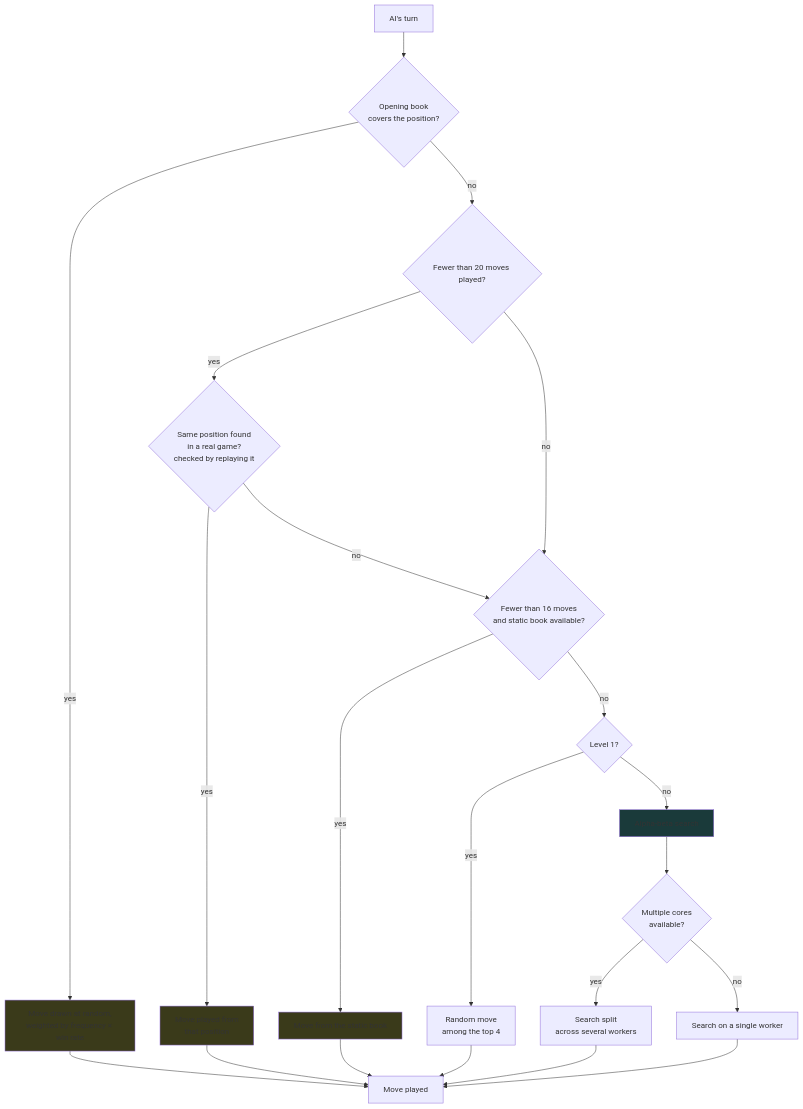
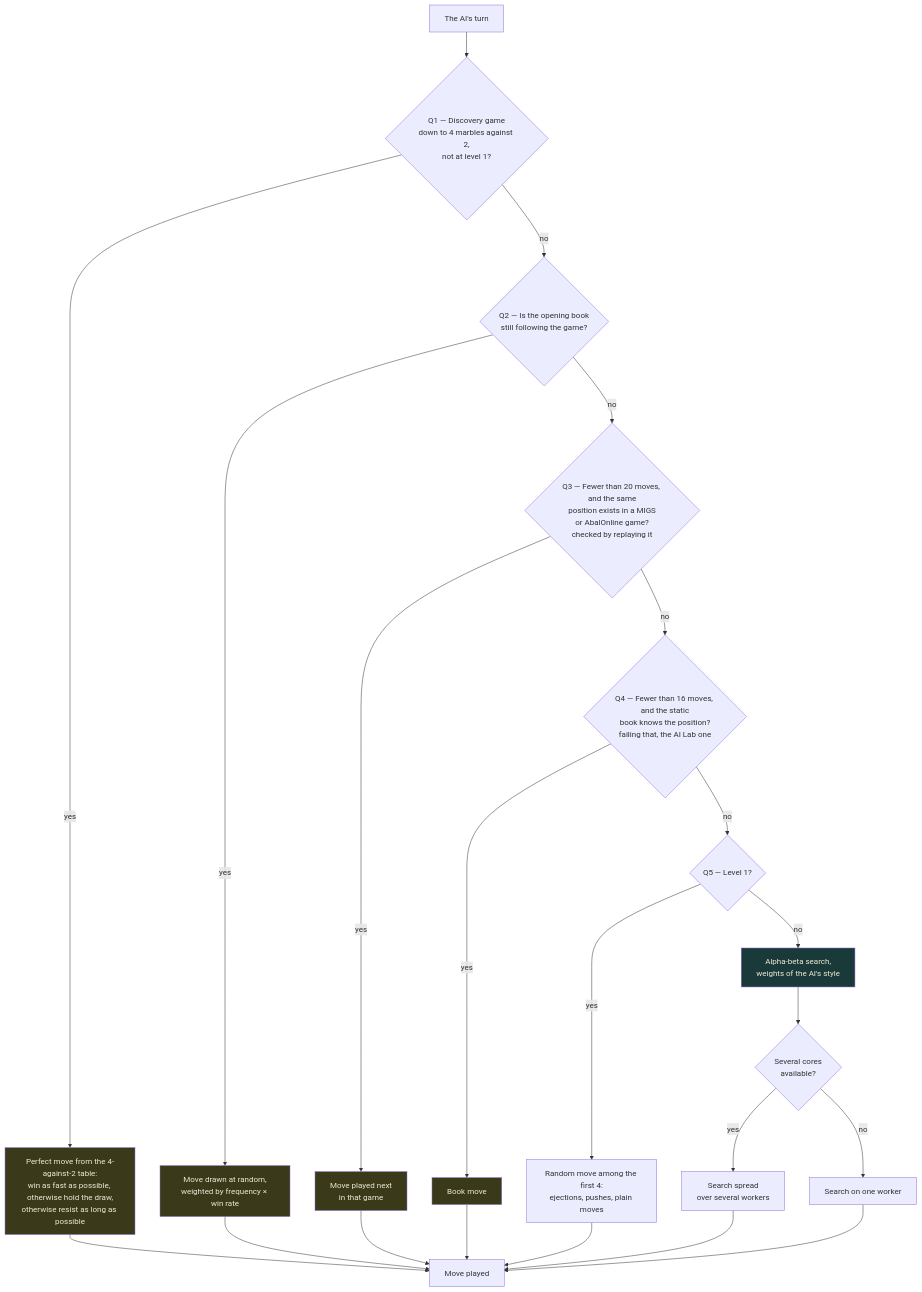
The first of 3 diagrams in docs-en/Architecture.en.md (ocj94/Abalassembly), drawn with Mermaid before and after one commit. The commit also changed other lines of this file and 17 other files, not shown here.

First line of the commit message:
v2.66 : la page Architecture remise a jour -- verifiee contre le code (elle datait de la v2.39), lisible sur telephone, en anglais

````diff
--- a/docs-en/Architecture.en.md
+++ b/docs-en/Architecture.en.md
@@ -15,28 +15,30 @@
 ```mermaid
 flowchart TD
-    A[AI's turn] --> B{Opening book<br/>covers the position?}
+    A[The AI's turn] --> T{Q1 — Discovery game<br/>down to 4 marbles against 2,<br/>not at level 1?}
+    T -->|yes| T1[Perfect move from the 4-against-2 table:<br/>win as fast as possible, otherwise hold the draw,<br/>otherwise resist as long as possible]
+    T -->|no| B{Q2 — Is the opening book<br/>still following the game?}
     B -->|yes| B1[Move drawn at random,<br/>weighted by frequency × win rate]
-    B -->|no| C{Fewer than 20 moves played?}
-    C -->|yes| C1{Same position found<br/>in a real game?<br/>checked by replaying it}
-    C1 -->|yes| C2[Move played from<br/>that position]
-    C1 -->|no| D
-    C -->|no| D{Fewer than 16 moves<br/>and static book available?}
-    D -->|yes| D1[Move from the static book]
-    D -->|no| E{Level 1?}
-    E -->|yes| E1[Random move<br/>among the top 4]
-    E -->|no| F[Alpha-beta search]
-    F --> G{Multiple cores<br/>available?}
-    G -->|yes| G1[Search split<br/>across several workers]
-    G -->|no| G2[Search on a single worker]
-    G1 --> H[Move played]
-    G2 --> H
+    B -->|no| C{Q3 — Fewer than 20 moves, and the same<br/>position exists in a MIGS<br/>or AbalOnline game?<br/>checked by replaying it}
+    C -->|yes| C1[Move played next<br/>in that game]
+    C -->|no| D{Q4 — Fewer than 16 moves, and the static<br/>book knows the position?<br/>failing that, the AI Lab one}
+    D -->|yes| D1[Book move]
+    D -->|no| E{Q5 — Level 1?}
+    E -->|yes| E1[Random move among the first 4:<br/>ejections, pushes, plain moves]
+    E -->|no| F[Alpha-beta search,<br/>weights of the AI's style]
+    F --> G{Several cores<br/>available?}
+    G -->|yes| G1[Search spread<br/>over several workers]
+    G -->|no| G2[Search on one worker]
+    T1 --> H[Move played]
     B1 --> H
-    C2 --> H
+    C1 --> H
     D1 --> H
     E1 --> H
+    G1 --> H
+    G2 --> H
 
-    style B1 fill:#3a3a1a
-    style C2 fill:#3a3a1a
-    style D1 fill:#3a3a1a
-    style F fill:#1a3a3a
+    style T1 fill:#3a3a1a,color:#f0ead6
+    style B1 fill:#3a3a1a,color:#f0ead6
+    style C1 fill:#3a3a1a,color:#f0ead6
+    style D1 fill:#3a3a1a,color:#f0ead6
+    style F fill:#1a3a3a,color:#f0ead6
 ```
````
